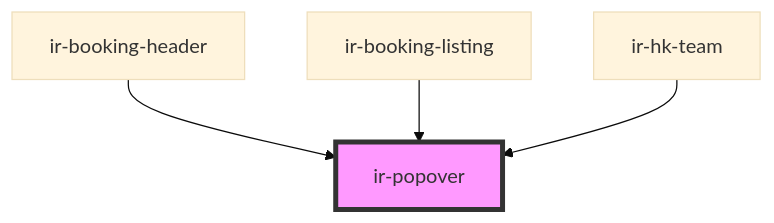
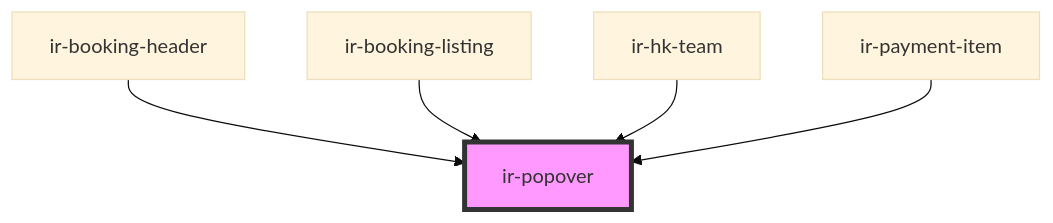
The diagram in src/components/ui/ir-popover/readme.md (David1Chowaifaty/modified-ir-webcmp), drawn with Mermaid (base theme) before and after one commit. The commit also changed other lines of this file and 50 other files, not shown here.

````diff
--- a/src/components/ui/ir-popover/readme.md
+++ b/src/components/ui/ir-popover/readme.md
@@ -28,7 +29,8 @@
 ```mermaid
 graph TD;
   ir-booking-header --> ir-popover
   ir-booking-listing --> ir-popover
   ir-hk-team --> ir-popover
+  ir-payment-item --> ir-popover
   style ir-popover fill:#f9f,stroke:#333,stroke-width:4px
 ```
````
